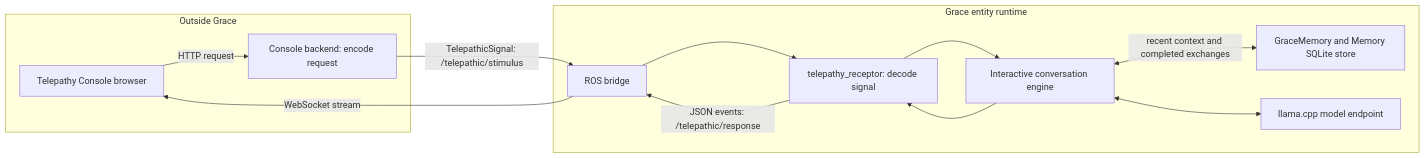
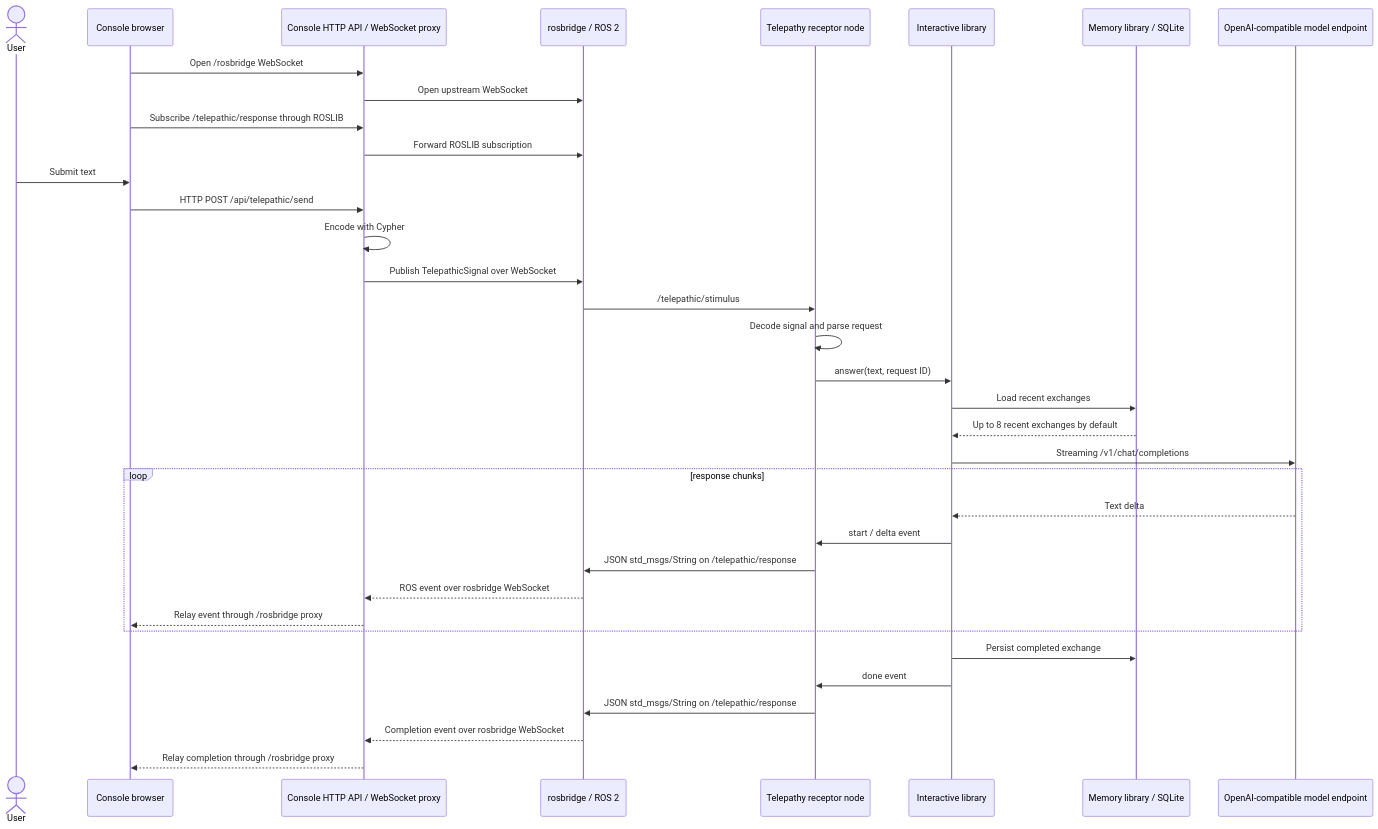
The diagram in AIVA/docs/telepathy-flow.md (OppaAI/AGi), drawn with Mermaid before and after one commit. The commit also changed other lines of this file and 3 other files, not shown here.

Commit message:
docs: map current Grace runtime architecture

````diff
--- a/AIVA/docs/telepathy-flow.md
+++ b/AIVA/docs/telepathy-flow.md
@@ -6,23 +11,38 @@
 ```mermaid
-flowchart LR
-  subgraph External[Outside Grace]
-    Browser[Telepathy Console browser]
-    Console[Console backend: encode request]
-  end
-  subgraph Grace[Grace entity runtime]
-    Bridge[ROS bridge]
-    Receptor[telepathy_receptor: decode signal]
-    Engine[Interactive conversation engine]
-    Memory[GraceMemory and Memory SQLite store]
-    Model[llama.cpp model endpoint]
-  end
-  Browser -->|HTTP request| Console
-  Console -->|TelepathicSignal: /telepathic/stimulus| Bridge
-  Bridge --> Receptor
-  Receptor --> Engine
-  Engine <-->|recent context and completed exchanges| Memory
-  Engine <--> Model
-  Engine --> Receptor
-  Receptor -->|JSON events: /telepathic/response| Bridge
-  Bridge -->|WebSocket stream| Browser
+sequenceDiagram
+    actor User
+    participant Browser as Console browser
+    participant Console as Console HTTP API / WebSocket proxy
+    participant Bridge as rosbridge / ROS 2
+    participant Receptor as Telepathy receptor node
+    participant Engine as Interactive library
+    participant Memory as Memory library / SQLite
+    participant Model as OpenAI-compatible model endpoint
+
+    Browser->>Console: Open /rosbridge WebSocket
+    Console->>Bridge: Open upstream WebSocket
+    Browser->>Console: Subscribe /telepathic/response through ROSLIB
+    Console->>Bridge: Forward ROSLIB subscription
+    User->>Browser: Submit text
+    Browser->>Console: HTTP POST /api/telepathic/send
+    Console->>Console: Encode with Cypher
+    Console->>Bridge: Publish TelepathicSignal over WebSocket
+    Bridge->>Receptor: /telepathic/stimulus
+    Receptor->>Receptor: Decode signal and parse request
+    Receptor->>Engine: answer(text, request ID)
+    Engine->>Memory: Load recent exchanges
+    Memory-->>Engine: Up to 8 recent exchanges by default
+    Engine->>Model: Streaming /v1/chat/completions
+    loop response chunks
+        Model-->>Engine: Text delta
+        Engine->>Receptor: start / delta event
+        Receptor->>Bridge: JSON std_msgs/String on /telepathic/response
+        Bridge-->>Console: ROS event over rosbridge WebSocket
+        Console-->>Browser: Relay event through /rosbridge proxy
+    end
+    Engine->>Memory: Persist completed exchange
+    Engine->>Receptor: done event
+    Receptor->>Bridge: JSON std_msgs/String on /telepathic/response
+    Bridge-->>Console: Completion event over rosbridge WebSocket
+    Console-->>Browser: Relay completion through /rosbridge proxy
 ```
````
